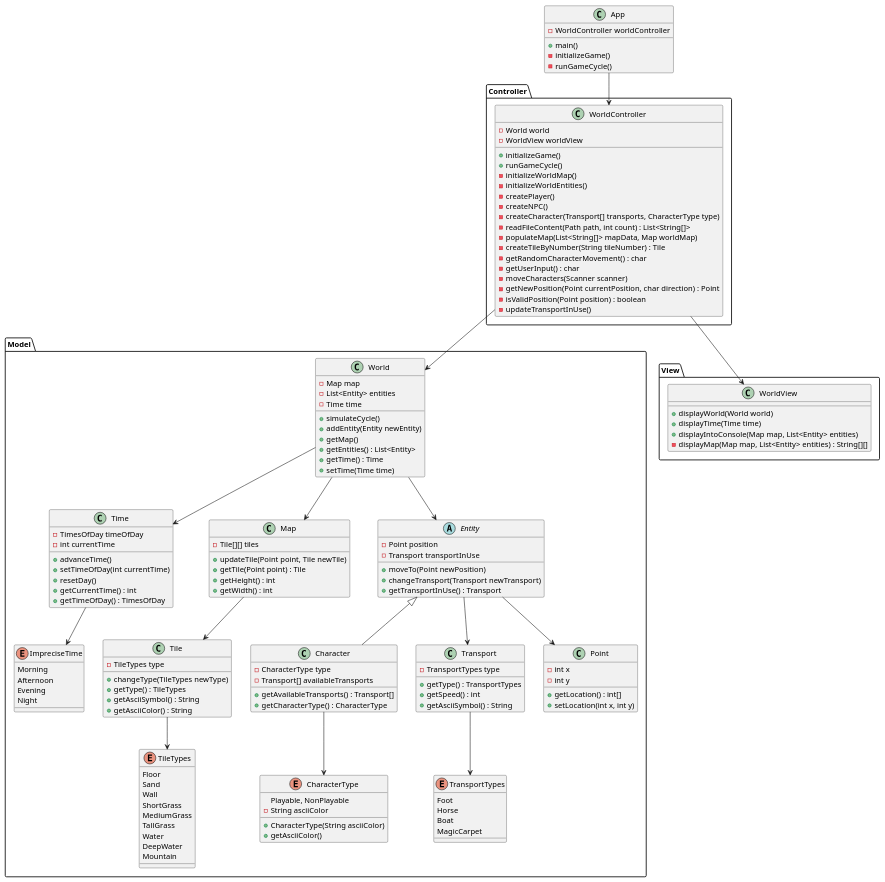
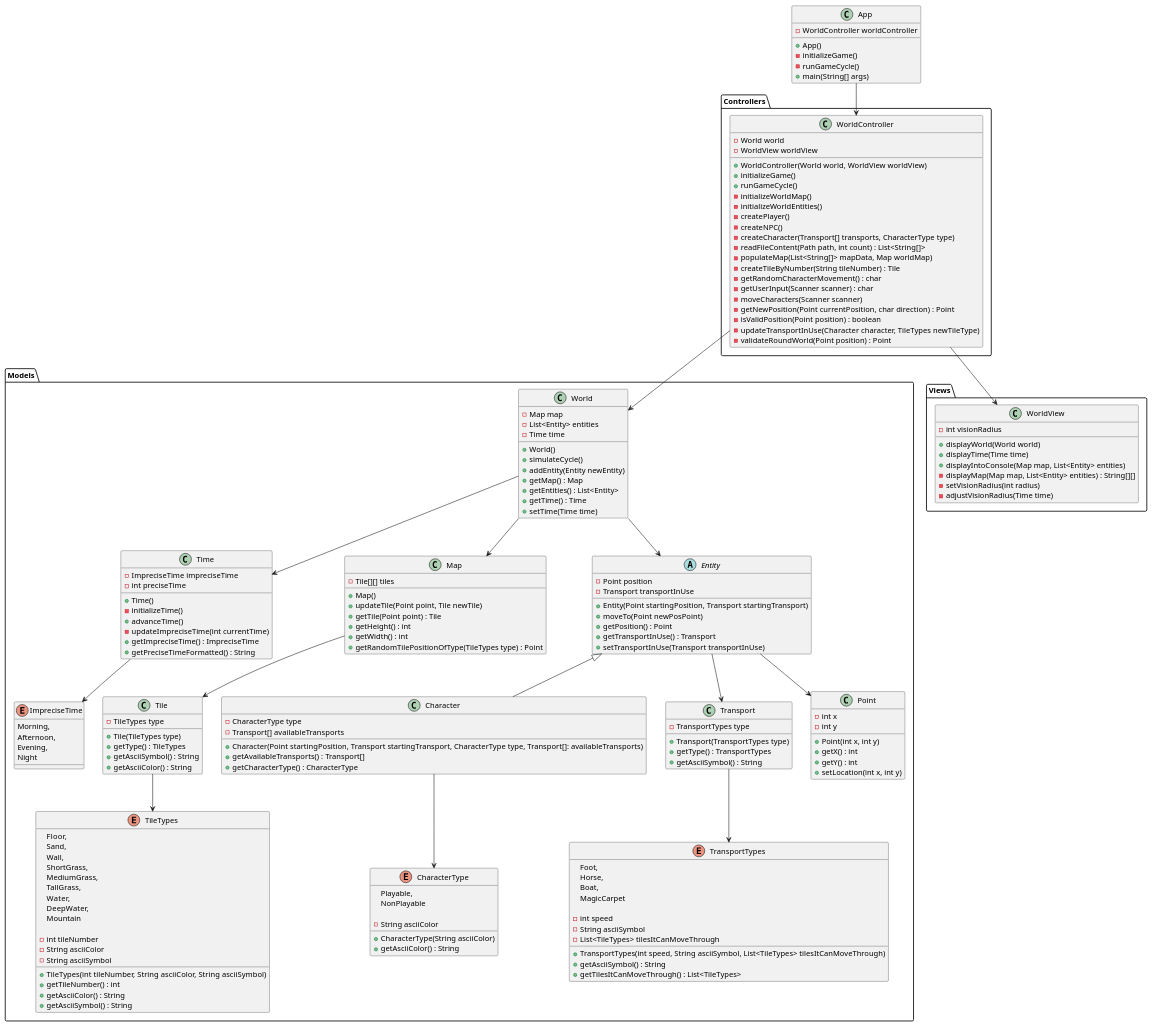
Before and after one commit to mmasias/23-24-IdSw2-SDD: the diagram in docs/modelosUML/diagramaDeAplicacion.puml, drawn with PlantUML.

Commit message:
Update diagramaDeAplicacion.puml
Actualización de clases y métodos en el diagrama de aplicación.

```diff
--- a/docs/modelosUML/diagramaDeAplicacion.puml
+++ b/docs/modelosUML/diagramaDeAplicacion.puml
@@ -3,49 +3,54 @@
 class App {
     - WorldController worldController
 
-    + main()
+    + App()
     - initializeGame()
     - runGameCycle()
+    + main(String[] args)
 }
 
-package "Model" {
+package "Models" {
     class World {
         - Map map
         - List<Entity> entities
         - Time time
 
+        + World()
         + simulateCycle()
         + addEntity(Entity newEntity)
-        + getMap()
+        + getMap() : Map
         + getEntities() : List<Entity>
         + getTime() : Time
         + setTime(Time time)
     }
 
     class Time {
-        - TimesOfDay timeOfDay
-        - int currentTime
+        - ImpreciseTime impreciseTime
+        - int preciseTime
 
+        + Time()
+        - initializeTime()
         + advanceTime()
-        + setTimeOfDay(int currentTime)
-        + resetDay()
-        + getCurrentTime() : int
-        + getTimeOfDay() : TimesOfDay
+        - updateImpreciseTime(int currentTime)
+        + getImpreciseTime() : ImpreciseTime
+        + getPreciseTimeFormatted() : String
     }
 
     class Map {
         - Tile[][] tiles
 
+        + Map()
         + updateTile(Point point, Tile newTile)
         + getTile(Point point) : Tile
         + getHeight() : int
         + getWidth() : int
+        + getRandomTilePositionOfType(TileTypes type) : Point
     }
 
     class Tile {
         - TileTypes type
 
-        + changeType(TileTypes newType)
+        + Tile(TileTypes type)
         + getType() : TileTypes
         + getAsciiSymbol() : String
         + getAsciiColor() : String
@@ -55,15 +60,18 @@
         - Point position
         - Transport transportInUse
 
-        + moveTo(Point newPosition)
-        + changeTransport(Transport newTransport)
+        + Entity(Point startingPosition, Transport startingTransport)
+        + moveTo(Point newPosPoint)
+        + getPosition() : Point
         + getTransportInUse() : Transport
+        + setTransportInUse(Transport transportInUse)
     }
 
     class Character extends Entity {
         - CharacterType type
         - Transport[] availableTransports
 
+        + Character(Point startingPosition, Transport startingTransport, CharacterType type, Transport[]: availableTransports)
         + getAvailableTransports() : Transport[]
         + getCharacterType() : CharacterType
     }
@@ -71,8 +79,8 @@
     class Transport {
         - TransportTypes type
 
+        + Transport(TransportTypes type)
         + getType() : TransportTypes
-        + getSpeed() : int
         + getAsciiSymbol() : String
     }
 
@@ -80,58 +88,84 @@
         - int x
         - int y
 
-        + getLocation() : int[]
+        + Point(int x, int y)
+        + getX() : int
+        + getY() : int
         + setLocation(int x, int y)
     }
 
     enum TileTypes {
-        Floor
-        Sand
-        Wall
-        ShortGrass
-        MediumGrass
-        TallGrass
-        Water
-        DeepWater
+        Floor,    
+        Sand,     
+        Wall,     
+        ShortGrass, 
+        MediumGrass, 
+        TallGrass,  
+        Water,     
+        DeepWater,  
         Mountain
+
+        - int tileNumber
+        - String asciiColor
+        - String asciiSymbol
+
+        + TileTypes(int tileNumber, String asciiColor, String asciiSymbol)
+        + getTileNumber() : int
+        + getAsciiColor() : String
+        + getAsciiSymbol() : String
     }
 
     enum ImpreciseTime {
-        Morning
-        Afternoon
-        Evening
+        Morning,
+        Afternoon,
+        Evening,
         Night
     }
 
     enum TransportTypes {
-        Foot
-        Horse
-        Boat
+        Foot,
+        Horse,
+        Boat,
         MagicCarpet
+
+        - int speed
+        - String asciiSymbol
+        - List<TileTypes> tilesItCanMoveThrough
+
+        + TransportTypes(int speed, String asciiSymbol, List<TileTypes> tilesItCanMoveThrough)
+        + getAsciiSymbol() : String
+        + getTilesItCanMoveThrough() : List<TileTypes>
     }
 
     enum CharacterType {
-        Playable, NonPlayable
+        Playable,
+        NonPlayable
+
         - String asciiColor
         + CharacterType(String asciiColor)
-        + getAsciiColor()
+        + getAsciiColor() : String
     }
 }
 
-package "View" {
+package "Views" {
     class WorldView {
+        - int visionRadius
+
         + displayWorld(World world)
         + displayTime(Time time)
         + displayIntoConsole(Map map, List<Entity> entities)
         - displayMap(Map map, List<Entity> entities) : String[][]
+        - setVisionRadius(int radius)
+        - adjustVisionRadius(Time time)
     }
 }
 
-package "Controller" {
+package "Controllers" {
     class WorldController {
         - World world
         - WorldView worldView
 
+        + WorldController(World world, WorldView worldView)
         + initializeGame()
         + runGameCycle()
         - initializeWorldMap()
@@ -143,11 +177,12 @@
         - populateMap(List<String[]> mapData, Map worldMap)
         - createTileByNumber(String tileNumber) : Tile
         - getRandomCharacterMovement() : char
-        - getUserInput() : char
+        - getUserInput(Scanner scanner) : char
         - moveCharacters(Scanner scanner)
         - getNewPosition(Point currentPosition, char direction) : Point
         - isValidPosition(Point position) : boolean
-        - updateTransportInUse()
+        - updateTransportInUse(Character character, TileTypes newTileType)
+        - validateRoundWorld(Point position) : Point
     }
 }
 
@@ -164,4 +199,5 @@
 WorldController --> World
 WorldController --> WorldView
 App --> WorldController
+
 @enduml
```
